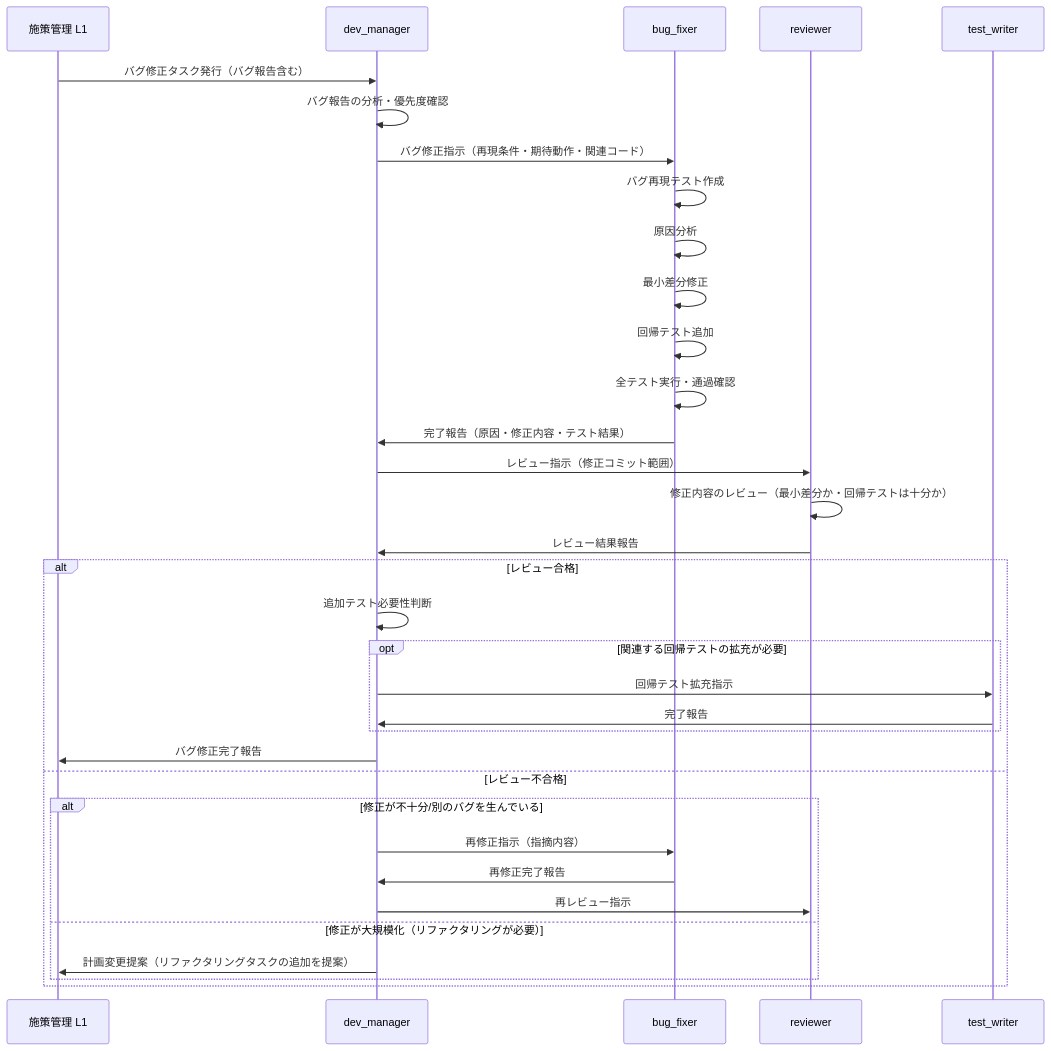
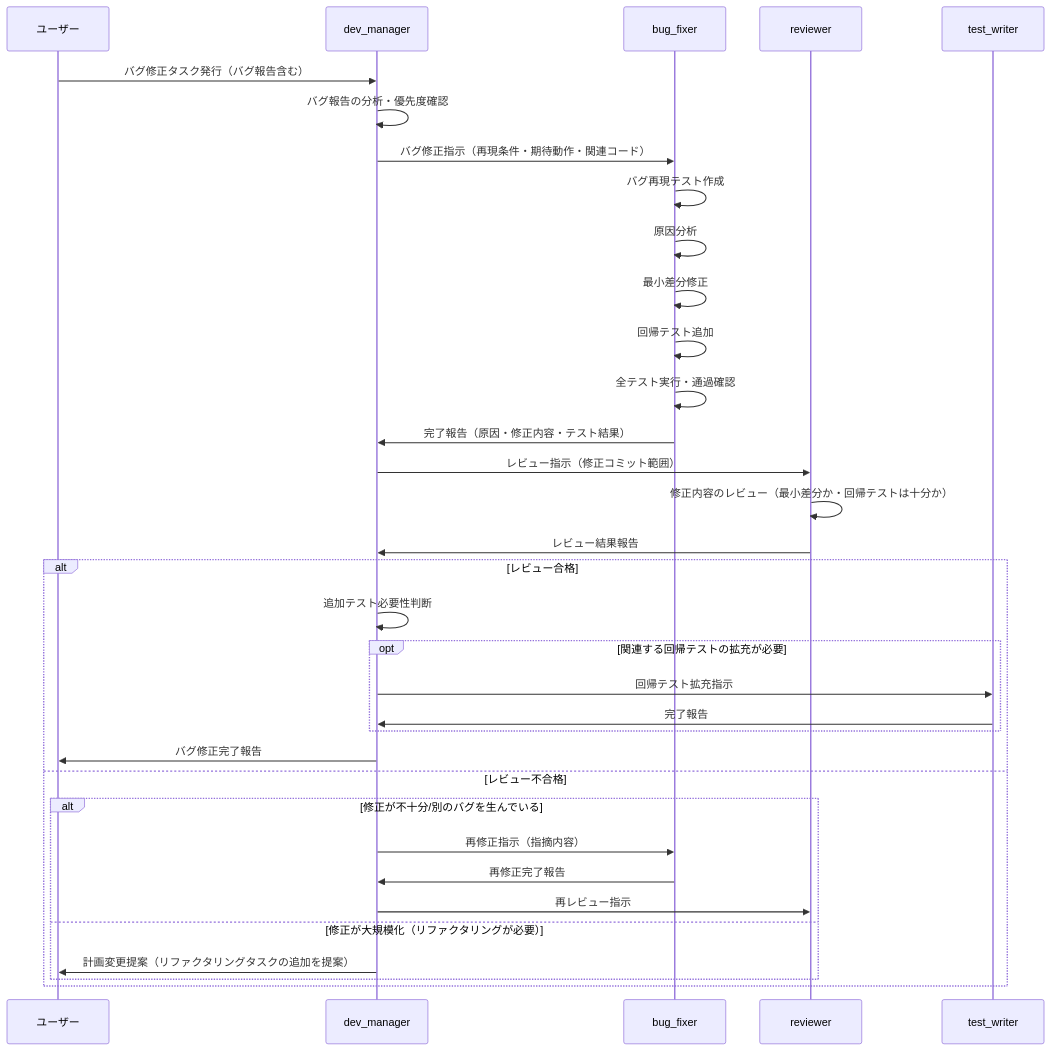
Before and after one commit to ryo12-n/ai-driven-dev-patterns: the third of 6 diagrams in docs/design/dev-workflow-detail.md, drawn with Mermaid. The commit also changed other lines of this file and 19 other files, not shown here.

````diff
--- a/docs/design/dev-workflow-detail.md
+++ b/docs/design/dev-workflow-detail.md
@@ -168,40 +168,40 @@
 ```mermaid
 sequenceDiagram
-    participant L1 as 施策管理 L1
+    participant User as ユーザー
     participant DM as dev_manager
     participant BF as bug_fixer
     participant RV as reviewer
     participant TW as test_writer
 
-    L1->>DM: バグ修正タスク発行（バグ報告含む）
+    User->>DM: バグ修正タスク発行（バグ報告含む）
     DM->>DM: バグ報告の分析・優先度確認
 
     DM->>BF: バグ修正指示（再現条件・期待動作・関連コード）
     BF->>BF: バグ再現テスト作成
     BF->>BF: 原因分析
     BF->>BF: 最小差分修正
     BF->>BF: 回帰テスト追加
     BF->>BF: 全テスト実行・通過確認
     BF->>DM: 完了報告（原因・修正内容・テスト結果）
 
     DM->>RV: レビュー指示（修正コミット範囲）
     RV->>RV: 修正内容のレビュー（最小差分か・回帰テストは十分か）
     RV->>DM: レビュー結果報告
 
     alt レビュー合格
         DM->>DM: 追加テスト必要性判断
         opt 関連する回帰テストの拡充が必要
             DM->>TW: 回帰テスト拡充指示
             TW->>DM: 完了報告
         end
-        DM->>L1: バグ修正完了報告
+        DM->>User: バグ修正完了報告
     else レビュー不合格
         alt 修正が不十分/別のバグを生んでいる
             DM->>BF: 再修正指示（指摘内容）
             BF->>DM: 再修正完了報告
             DM->>RV: 再レビュー指示
         else 修正が大規模化（リファクタリングが必要）
-            DM->>L1: 計画変更提案（リファクタリングタスクの追加を提案）
+            DM->>User: 計画変更提案（リファクタリングタスクの追加を提案）
         end
     end
 ```
````
